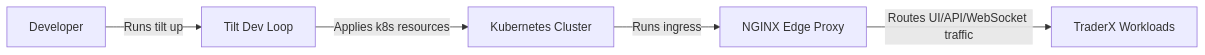
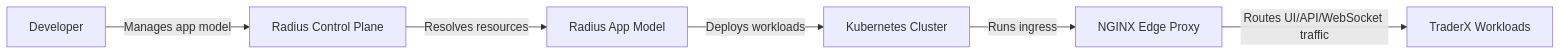
One commit to finos/traderX changed the diagram in docs/learning/component-diagram.md. Above: the diagram before and after it, drawn with Mermaid. The commit also changed other lines of this file and 98 other files, not shown here.

````diff
--- a/docs/learning/component-diagram.md
+++ b/docs/learning/component-diagram.md
@@ -5,13 +5,15 @@
 ```mermaid
 flowchart LR
   developer["Developer"]
-  tilt["Tilt Dev Loop"]
+  radius["Radius Control Plane"]
+  appModel["Radius App Model"]
   cluster["Kubernetes Cluster"]
   edge["NGINX Edge Proxy"]
   workloads["TraderX Workloads"]
 
-  developer -->|Runs tilt up| tilt
-  tilt -->|Applies k8s resources| cluster
+  developer -->|Manages app model| radius
+  radius -->|Resolves resources| appModel
+  appModel -->|Deploys workloads| cluster
   cluster -->|Runs ingress| edge
   edge -->|Routes UI/API/WebSocket traffic| workloads
 ```
````
